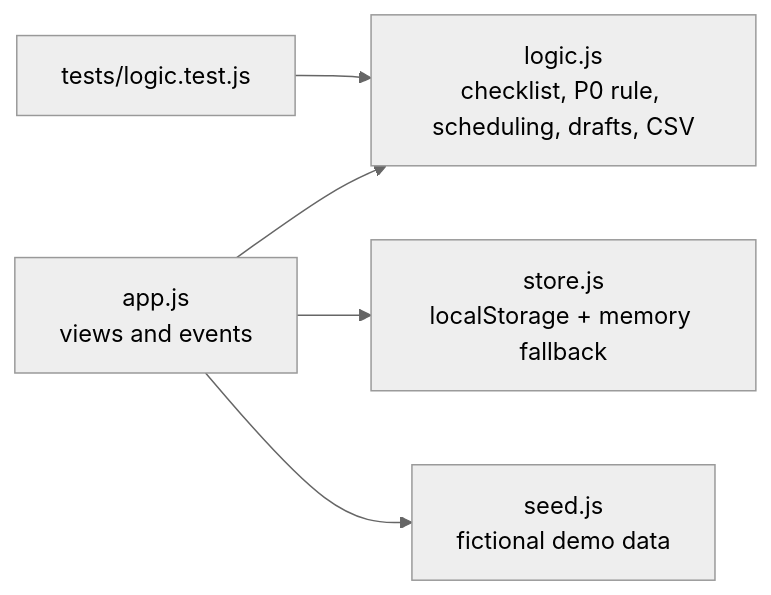
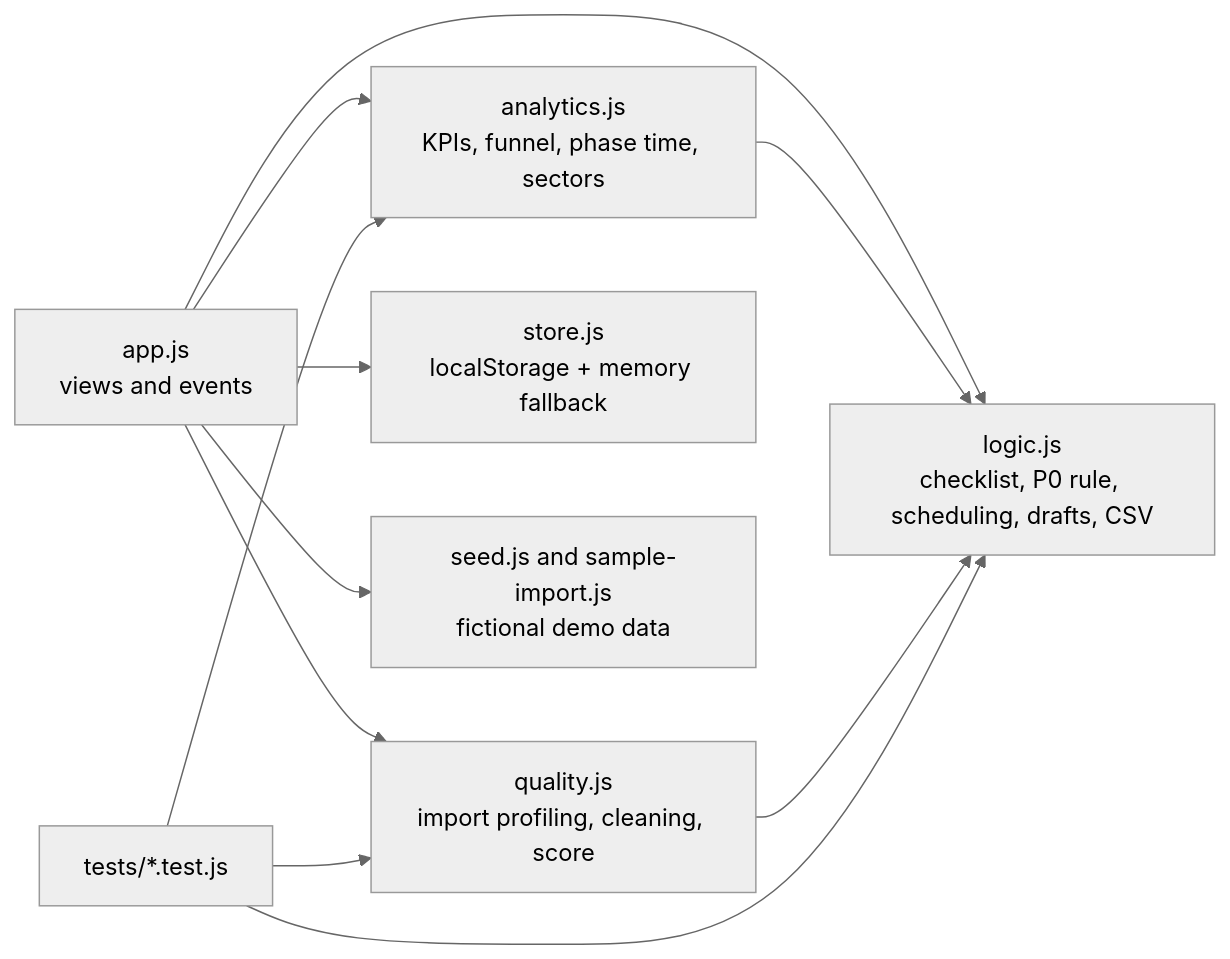
Before and after one commit to aradyaacovi/vc-deal-pipeline: the diagram in README.md, drawn with Mermaid (neutral theme). The commit also changed other lines of this file and 17 other files, not shown here.

First line of the commit message:
feat: pipeline analytics tab and data-quality checks for CSV import

````diff
--- a/README.md
+++ b/README.md
@@ -40,7 +57,13 @@
 ```mermaid
 flowchart LR
   UI[app.js<br/>views and events] --> L[logic.js<br/>checklist, P0 rule, scheduling, drafts, CSV]
+  UI --> A[analytics.js<br/>KPIs, funnel, phase time, sectors]
+  UI --> Q[quality.js<br/>import profiling, cleaning, score]
   UI --> S[store.js<br/>localStorage + memory fallback]
-  UI --> D[seed.js<br/>fictional demo data]
-  T[tests/logic.test.js] --> L
+  UI --> D[seed.js and sample-import.js<br/>fictional demo data]
+  A --> L
+  Q --> L
+  T[tests/*.test.js] --> L
+  T --> A
+  T --> Q
 ```
````
